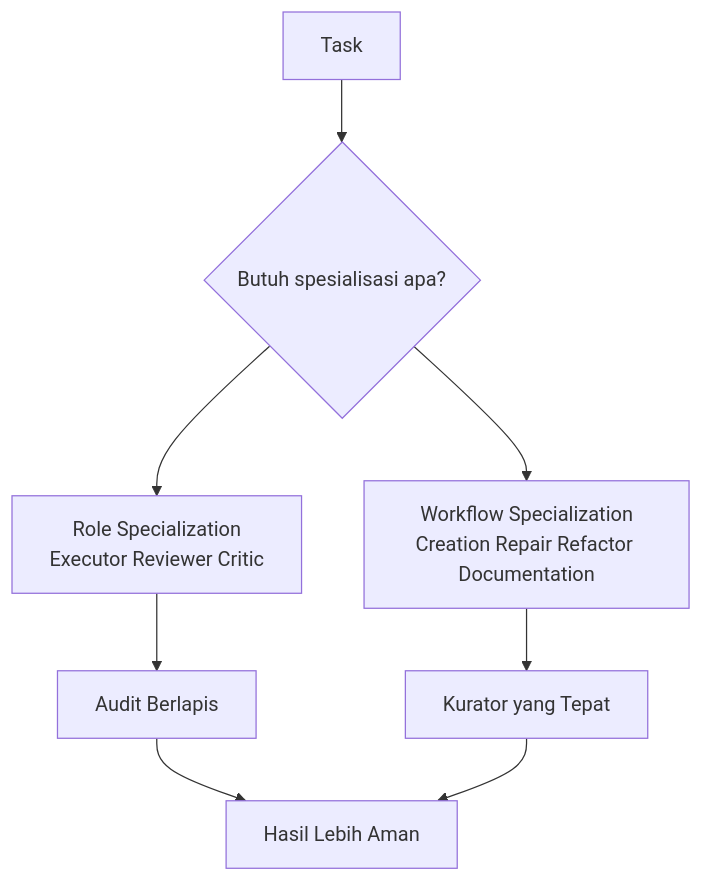
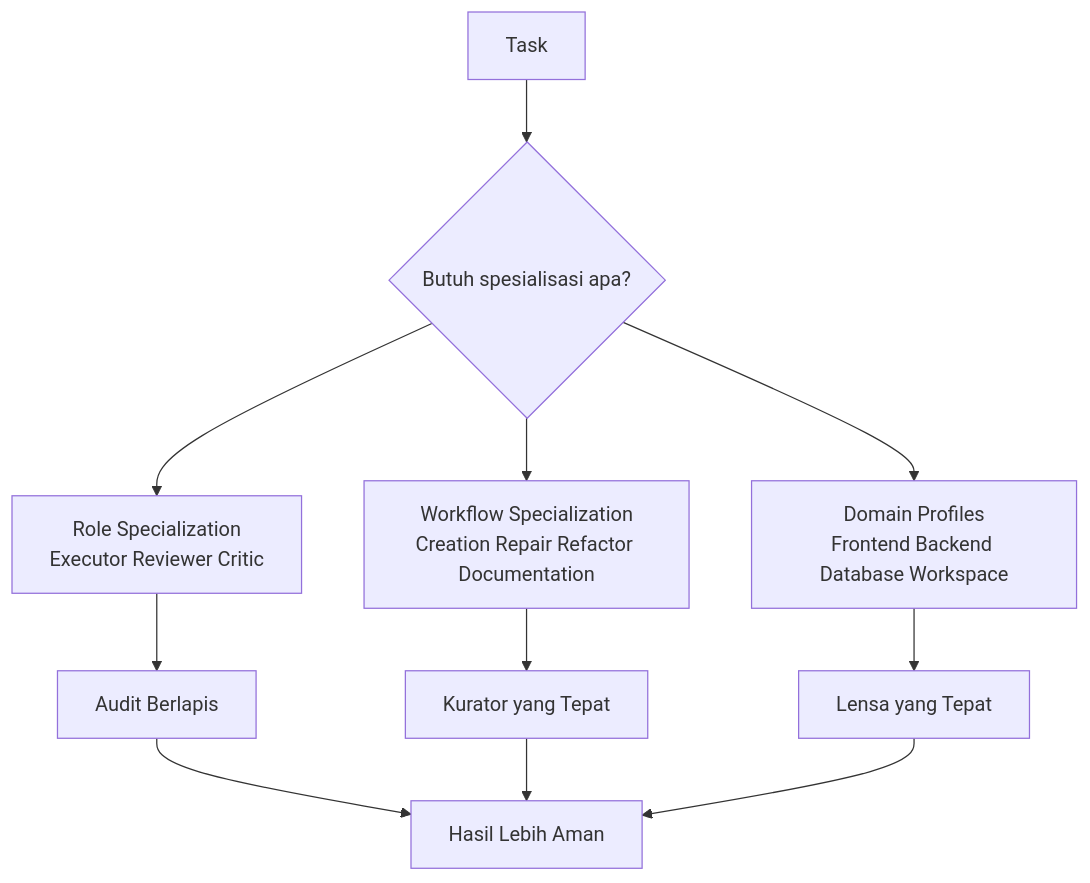
The diagram in RAK-07-Specialization/README.md (syahputrawork98-sketch/Cursor-SOP), drawn with Mermaid before and after one commit. The commit also changed other lines of this file and 5 other files, not shown here.

First line of the commit message:
add : RAK-07 Expansion: Domain AI Profiles

````diff
--- a/RAK-07-Specialization/README.md
+++ b/RAK-07-Specialization/README.md
@@ -34,10 +37,13 @@
 ```mermaid
 graph TD
     A[Task] --> B{Butuh spesialisasi apa?}
     B --> C[Role Specialization\nExecutor Reviewer Critic]
     B --> D[Workflow Specialization\nCreation Repair Refactor Documentation]
-    C --> E[Audit Berlapis]
-    D --> F[Kurator yang Tepat]
-    E --> G[Hasil Lebih Aman]
-    F --> G
+    B --> E[Domain Profiles\nFrontend Backend Database Workspace]
+    C --> F[Audit Berlapis]
+    D --> G[Kurator yang Tepat]
+    E --> H[Lensa yang Tepat]
+    F --> I[Hasil Lebih Aman]
+    G --> I
+    H --> I
 ```
````
